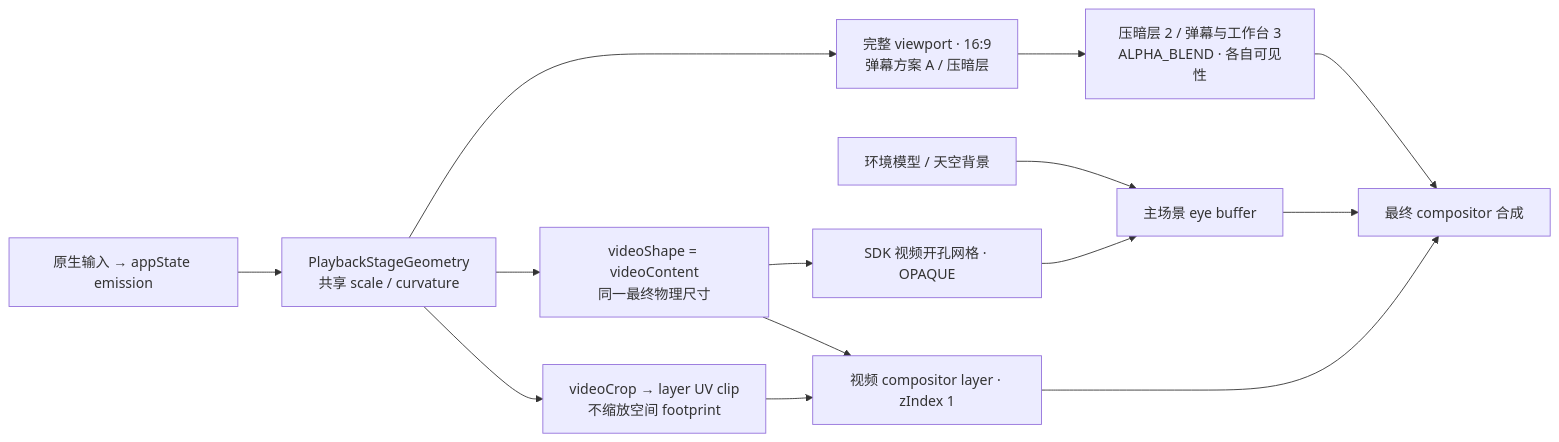
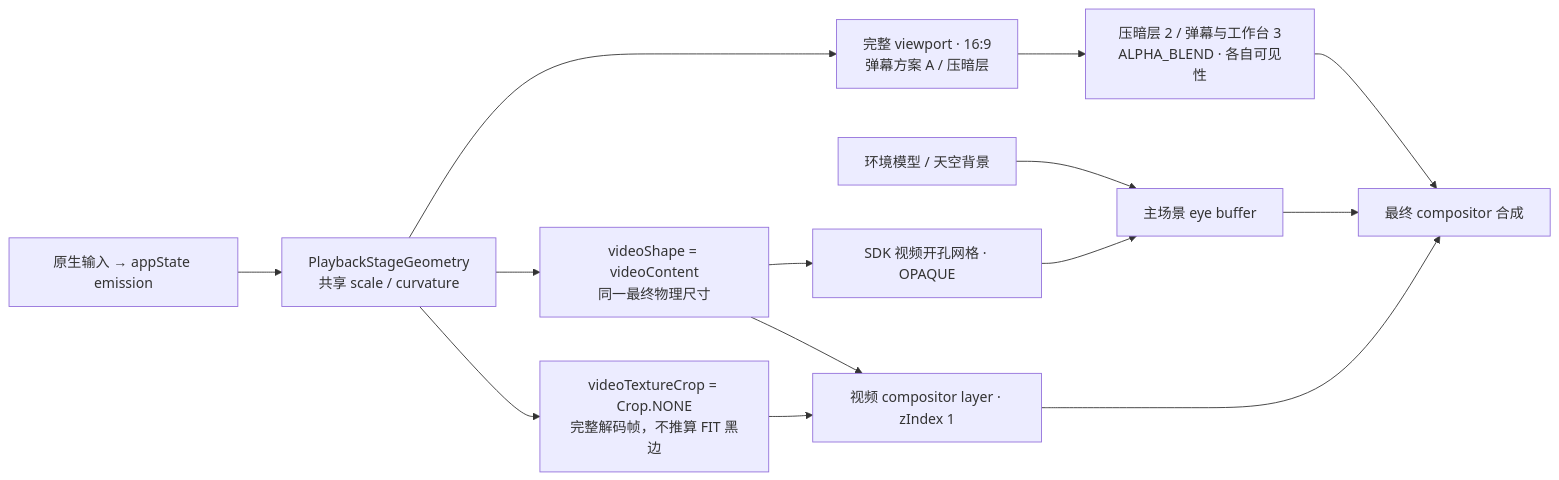
Before and after one commit to Powdered-Delta/viriviri: the second of 5 diagrams in docs/ui-structure-and-terminology.md, drawn with Mermaid. The commit also changed other lines of this file and 9 other files, not shown here.

Commit message:
fix: remove synthetic FIT crop from direct video Surface

````diff
--- a/docs/ui-structure-and-terminology.md
+++ b/docs/ui-structure-and-terminology.md
@@ -148,16 +150,16 @@
 ```mermaid
 flowchart LR
     Env["环境模型 / 天空背景"] --> Eye["主场景 eye buffer"]
     Params["原生输入 → appState emission"] --> Geometry["PlaybackStageGeometry<br/>共享 scale / curvature"]
     Geometry --> Shape["videoShape = videoContent<br/>同一最终物理尺寸"]
-    Geometry --> Clip["videoCrop → layer UV clip<br/>不缩放空间 footprint"]
+    Geometry --> Clip["videoTextureCrop = Crop.NONE<br/>完整解码帧，不推算 FIT 黑边"]
     Geometry --> Viewport["完整 viewport · 16:9<br/>弹幕方案 A / 压暗层"]
     Shape --> Aperture["SDK 视频开孔网格 · OPAQUE"]
     Shape --> Video["视频 compositor layer · zIndex 1"]
     Clip --> Video
     Aperture --> Eye
     Viewport --> UI["压暗层 2 / 弹幕与工作台 3<br/>ALPHA_BLEND · 各自可见性"]
     UI --> Composite["最终 compositor 合成"]
     Eye --> Composite
     Video --> Composite
 ```
````
